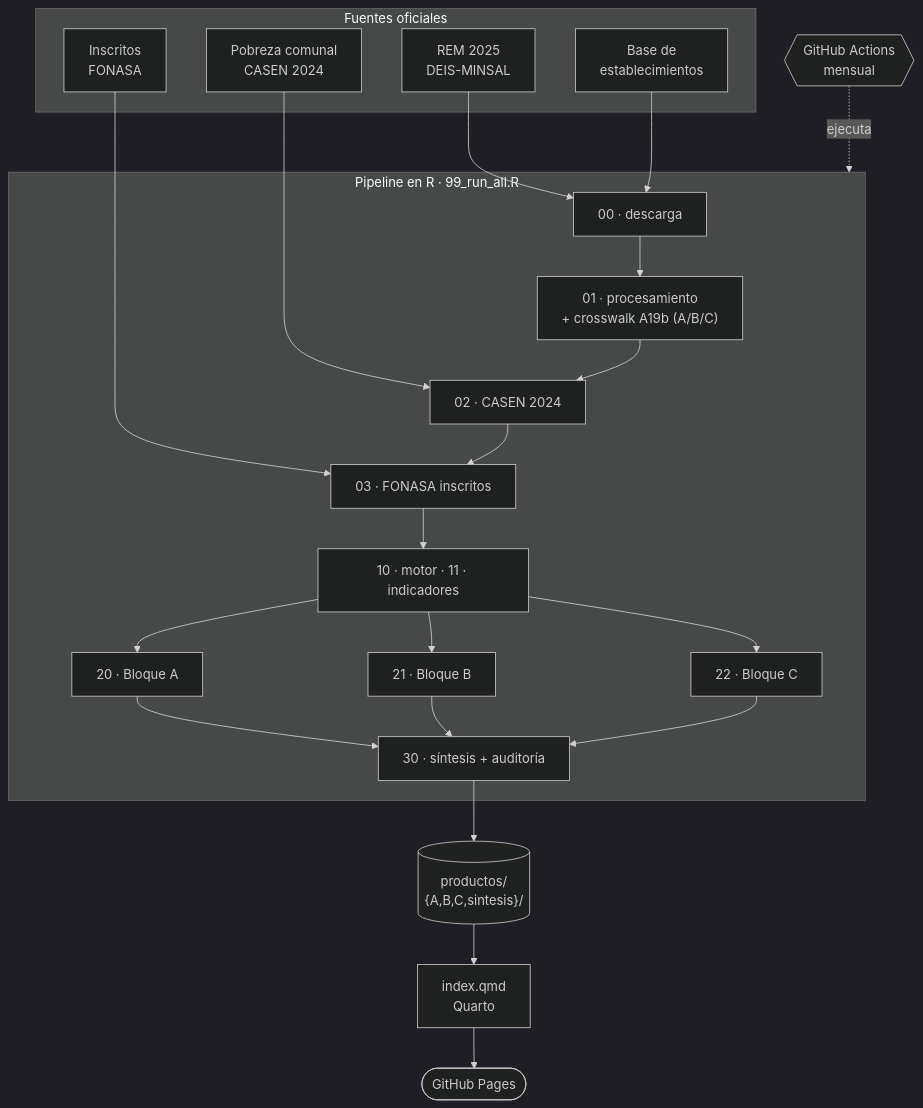
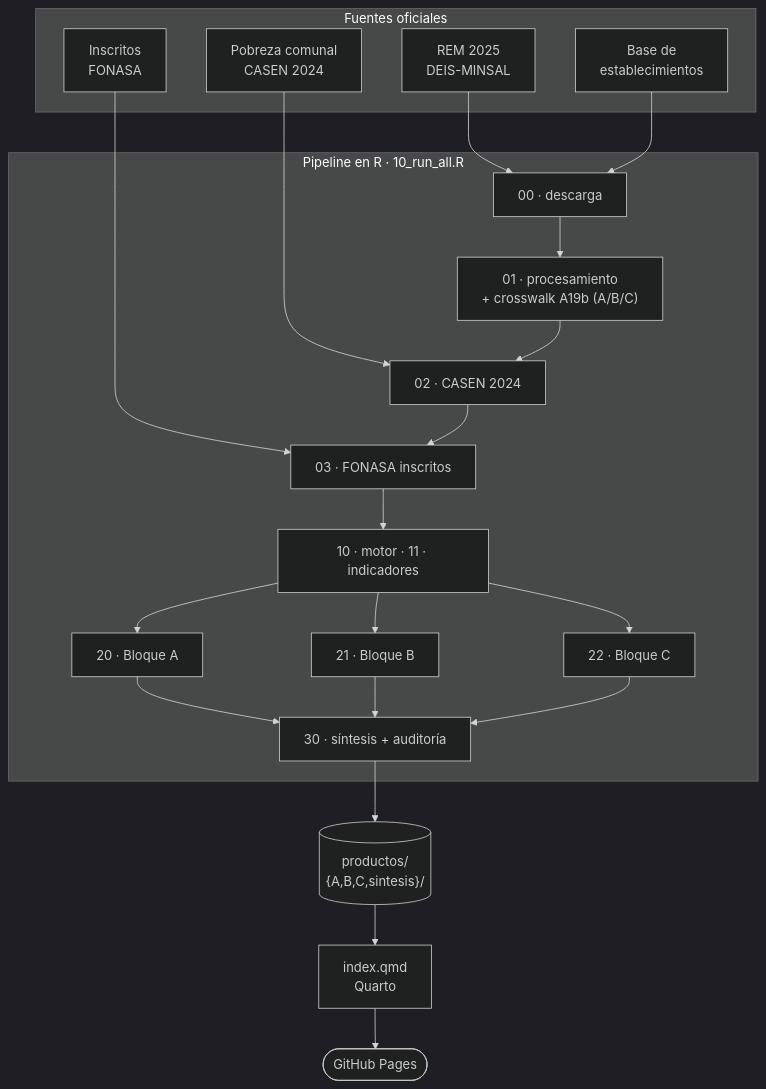
Before and after one commit to javierverabravo/participacion-salud-rem: the diagram in README.md, drawn with Mermaid (dark theme). The commit also changed other lines of this file and 19 other files, not shown here.

````diff
--- a/README.md
+++ b/README.md
@@ -317,32 +316,30 @@
 ```mermaid
 flowchart TD
     subgraph F["Fuentes oficiales"]
         DEIS["REM 2025<br/>DEIS-MINSAL"]
         MAE["Base de<br/>establecimientos"]
         CASEN["Pobreza comunal<br/>CASEN 2024"]
         FON["Inscritos<br/>FONASA"]
     end
-    subgraph PIPE["Pipeline en R · 99_run_all.R"]
+    subgraph PIPE["Pipeline en R · 10_run_all.R"]
         D0["00 · descarga"]
         D1["01 · procesamiento<br/>+ crosswalk A19b (A/B/C)"]
         D2["02 · CASEN 2024"]
         D3["03 · FONASA inscritos"]
         EN["10 · motor · 11 · indicadores"]
         BA["20 · Bloque A"]
         BB["21 · Bloque B"]
         BC["22 · Bloque C"]
         SN["30 · síntesis + auditoría"]
     end
     PROD[("productos/<br/>{A,B,C,sintesis}/")]
     QMD["index.qmd<br/>Quarto"]
     PAGES(["GitHub Pages"])
-    GHA{{"GitHub Actions<br/>mensual"}}
 
     DEIS --> D0
     MAE --> D0
     CASEN --> D2
     FON --> D3
     D0 --> D1 --> D2 --> D3 --> EN
     EN --> BA & BB & BC --> SN --> PROD --> QMD --> PAGES
-    GHA -. ejecuta .-> PIPE
 ```
````
